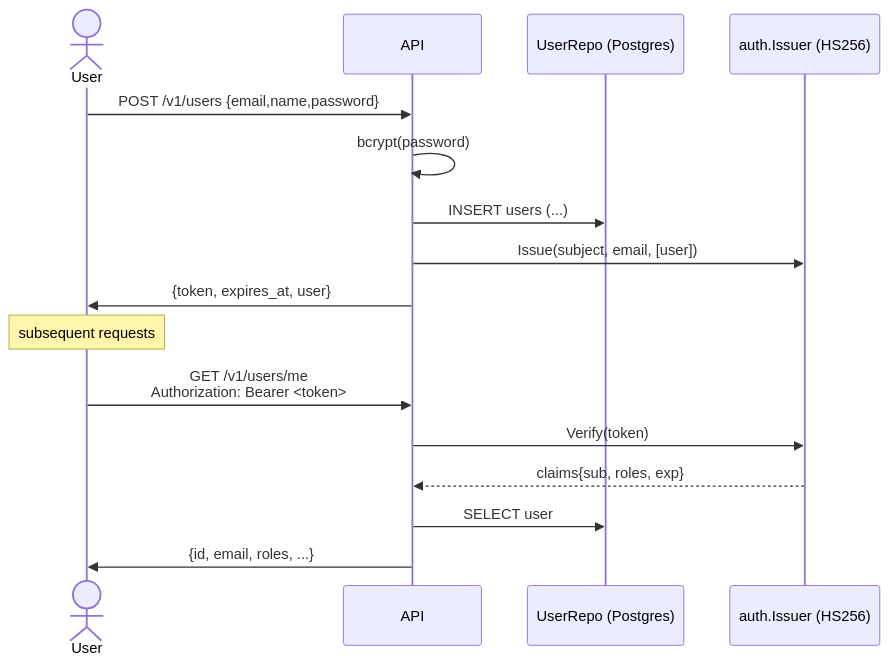
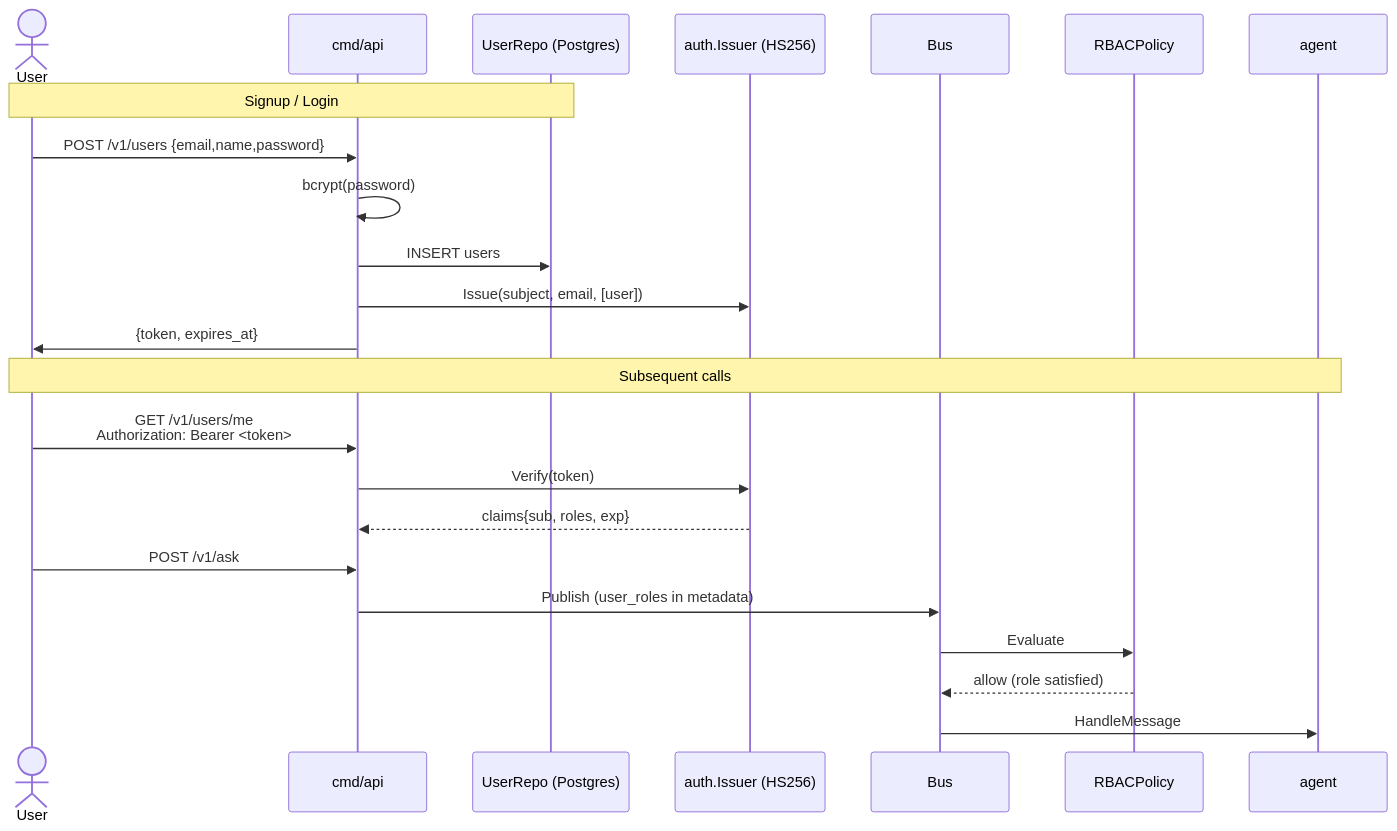
One commit to c2siorg/genie changed the fourth of 21 diagrams in README.md. Above: the diagram before and after it, drawn with Mermaid. The commit also changed other lines of this file and 21 other files, not shown here.

First line of the commit message:
Real LLM providers, vision OCR, pgvector, GraphRAG, OAuth flows, federated learning + detailed README

````diff
--- a/README.md
+++ b/README.md
@@ -361,20 +537,28 @@
 ```mermaid
 sequenceDiagram
     actor U as User
-    participant API
+    participant API as cmd/api
     participant Repo as UserRepo (Postgres)
     participant JWT as auth.Issuer (HS256)
+    participant Bus
+    participant POL as RBACPolicy
+    participant AG as agent
 
+    Note over U,Repo: Signup / Login
     U->>API: POST /v1/users {email,name,password}
     API->>API: bcrypt(password)
-    API->>Repo: INSERT users (...)
+    API->>Repo: INSERT users
     API->>JWT: Issue(subject, email, [user])
-    API->>U: {token, expires_at, user}
+    API->>U: {token, expires_at}
 
-    Note over U: subsequent requests
+    Note over U,AG: Subsequent calls
     U->>API: GET /v1/users/me<br/>Authorization: Bearer <token>
     API->>JWT: Verify(token)
     JWT-->>API: claims{sub, roles, exp}
-    API->>Repo: SELECT user
-    API->>U: {id, email, roles, ...}
+
+    U->>API: POST /v1/ask
+    API->>Bus: Publish (user_roles in metadata)
+    Bus->>POL: Evaluate
+    POL-->>Bus: allow (role satisfied)
+    Bus->>AG: HandleMessage
 ```
````
